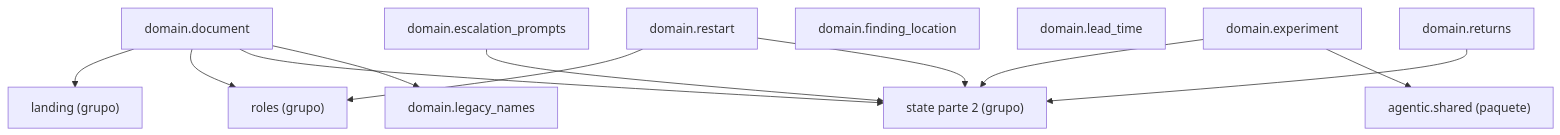
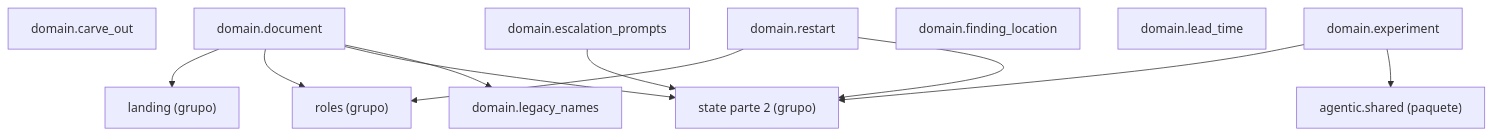
One commit to GonzaloZevallos/agentic-system changed the diagram in docs/architecture/generated/packages-process-domain-state-1.md. Above: the diagram before and after it, drawn with Mermaid. The commit also changed 29 other files, not shown here.

First line of the commit message:
Add pure carve-out rules, glossary term and ADR-0093 addendum

````diff
--- a/docs/architecture/generated/packages-process-domain-state-1.md
+++ b/docs/architecture/generated/packages-process-domain-state-1.md
@@ -12,25 +12,24 @@
 ```mermaid
 graph TD
     g_domain__landing["landing (grupo)"]
     g_domain__roles["roles (grupo)"]
     g_domain__state__2["state parte 2 (grupo)"]
     g_pkg__agentic__shared["agentic.shared (paquete)"]
+    m_domain__carve_out["domain.carve_out"]
     m_domain__document["domain.document"]
     m_domain__escalation_prompts["domain.escalation_prompts"]
     m_domain__experiment["domain.experiment"]
     m_domain__finding_location["domain.finding_location"]
     m_domain__lead_time["domain.lead_time"]
     m_domain__legacy_names["domain.legacy_names"]
     m_domain__restart["domain.restart"]
-    m_domain__returns["domain.returns"]
     m_domain__document --> g_domain__landing
     m_domain__document --> g_domain__roles
     m_domain__document --> g_domain__state__2
     m_domain__document --> m_domain__legacy_names
     m_domain__escalation_prompts --> g_domain__state__2
     m_domain__experiment --> g_domain__state__2
     m_domain__experiment --> g_pkg__agentic__shared
     m_domain__restart --> g_domain__roles
     m_domain__restart --> g_domain__state__2
-    m_domain__returns --> g_domain__state__2
 ```
````
